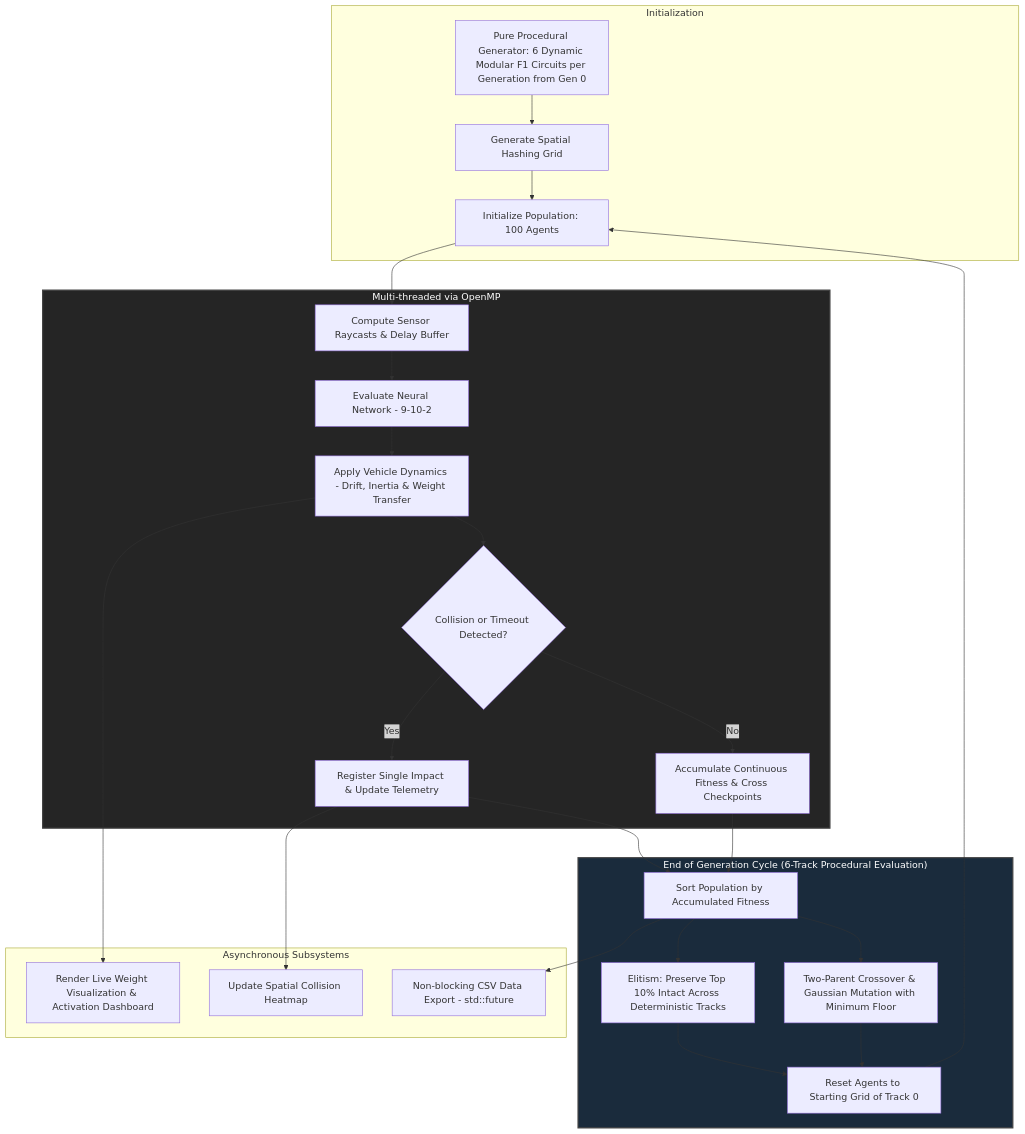
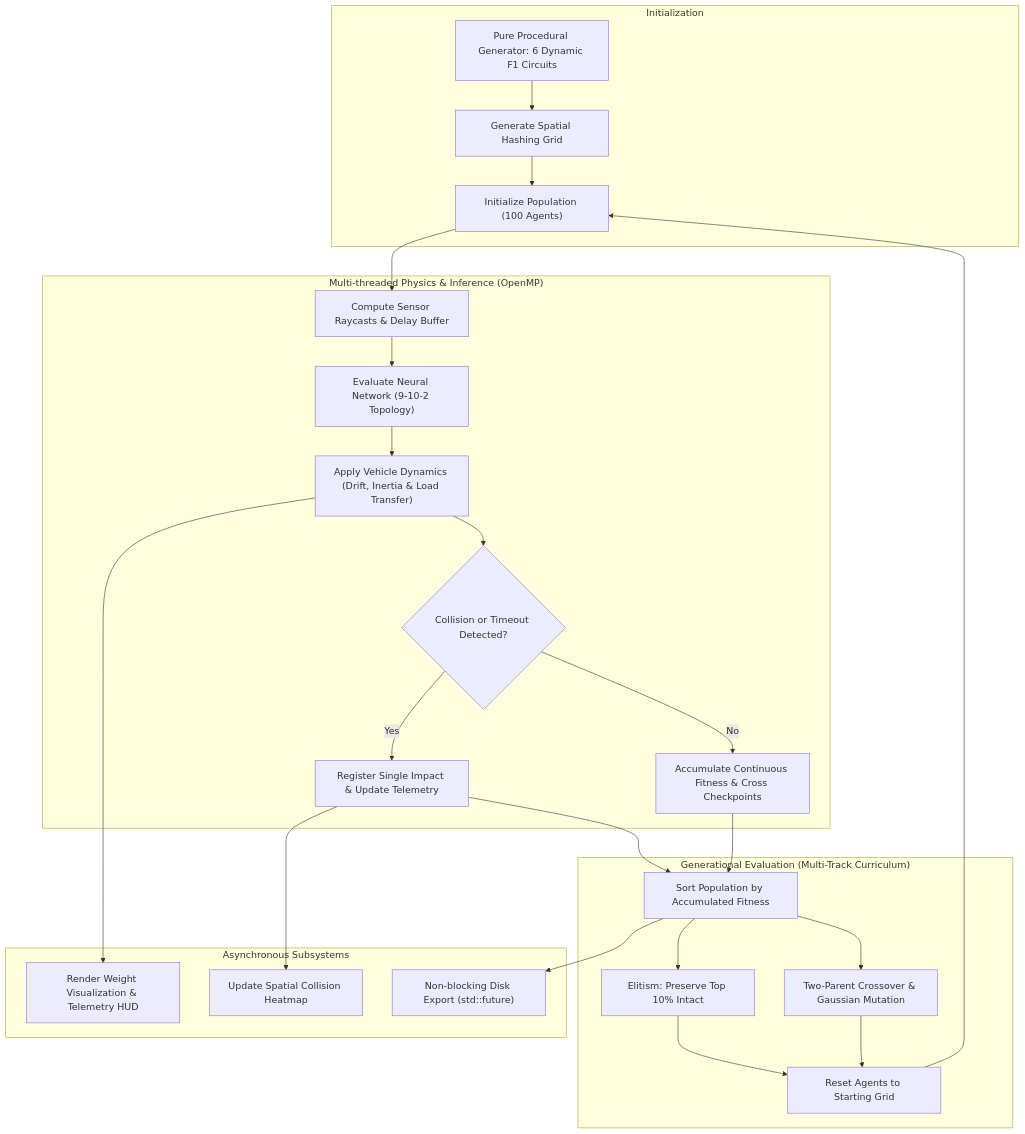
Before and after one commit to jorgebd21/NeuralRacer-CPP: the diagram in README.md, drawn with Mermaid. The commit also changed other lines of this file and 8 other files, not shown here.

````diff
--- a/README.md
+++ b/README.md
@@ -56,33 +57,32 @@
 ```mermaid
 flowchart TD
-    subgraph Initialization
-        A["Pure Procedural Generator: 6 Dynamic Modular F1 Circuits per Generation from Gen 0"] --> B[Generate Spatial Hashing Grid]
-        B --> C[Initialize Population: 100 Agents]
+    subgraph Initialization ["Initialization"]
+        A["Pure Procedural Generator: 6 Dynamic F1 Circuits"] --> B["Generate Spatial Hashing Grid"]
+        B --> C["Initialize Population (100 Agents)"]
     end
 
-    subgraph ParallelLoop ["Multi-threaded via OpenMP"]
-        C --> D[Compute Sensor Raycasts & Delay Buffer]
-        D --> E[Evaluate Neural Network - 9-10-2]
-        E --> F[Apply Vehicle Dynamics - Drift, Inertia & Weight Transfer]
-        F --> G{Collision or Timeout Detected?}
-        G -- Yes --> H[Register Single Impact & Update Telemetry]
-        G -- No --> I[Accumulate Continuous Fitness & Cross Checkpoints]
+    subgraph ParallelLoop ["Multi-threaded Physics & Inference (OpenMP)"]
+        C --> D["Compute Sensor Raycasts & Delay Buffer"]
+        D --> E["Evaluate Neural Network (9-10-2 Topology)"]
+        E --> F["Apply Vehicle Dynamics (Drift, Inertia & Load Transfer)"]
+        F --> G{"Collision or Timeout Detected?"}
+        G -- Yes --> H["Register Single Impact & Update Telemetry"]
+        G -- No --> I["Accumulate Continuous Fitness & Cross Checkpoints"]
     end
 
-    subgraph EvolutionaryPipeline ["End of Generation Cycle (6-Track Procedural Evaluation)"]
-        H & I --> J[Sort Population by Accumulated Fitness]
-        J --> K[Elitism: Preserve Top 10% Intact Across Deterministic Tracks]
-        J --> L[Two-Parent Crossover & Gaussian Mutation with Minimum Floor]
-        K & L --> M[Reset Agents to Starting Grid of Track 0]
+    subgraph EvolutionaryPipeline ["Generational Evaluation (Multi-Track Curriculum)"]
+        H --> J["Sort Population by Accumulated Fitness"]
+        I --> J
+        J --> K["Elitism: Preserve Top 10% Intact"]
+        J --> L["Two-Parent Crossover & Gaussian Mutation"]
+        K --> M["Reset Agents to Starting Grid"]
+        L --> M
         M --> C
     end
 
     subgraph AsyncSubsystems ["Asynchronous Subsystems"]
-        F --> N[Render Live Weight Visualization & Activation Dashboard]
-        H --> O[Update Spatial Collision Heatmap]
-        J --> P[Non-blocking CSV Data Export - std::future]
+        F --> N["Render Weight Visualization & Telemetry HUD"]
+        H --> O["Update Spatial Collision Heatmap"]
+        J --> P["Non-blocking Disk Export (std::future)"]
     end
-
-    style ParallelLoop fill:#252525,stroke:#444,stroke-width:2px,color:#fff
-    style EvolutionaryPipeline fill:#1a2b3c,stroke:#444,stroke-width:2px,color:#fff
 ```
````
